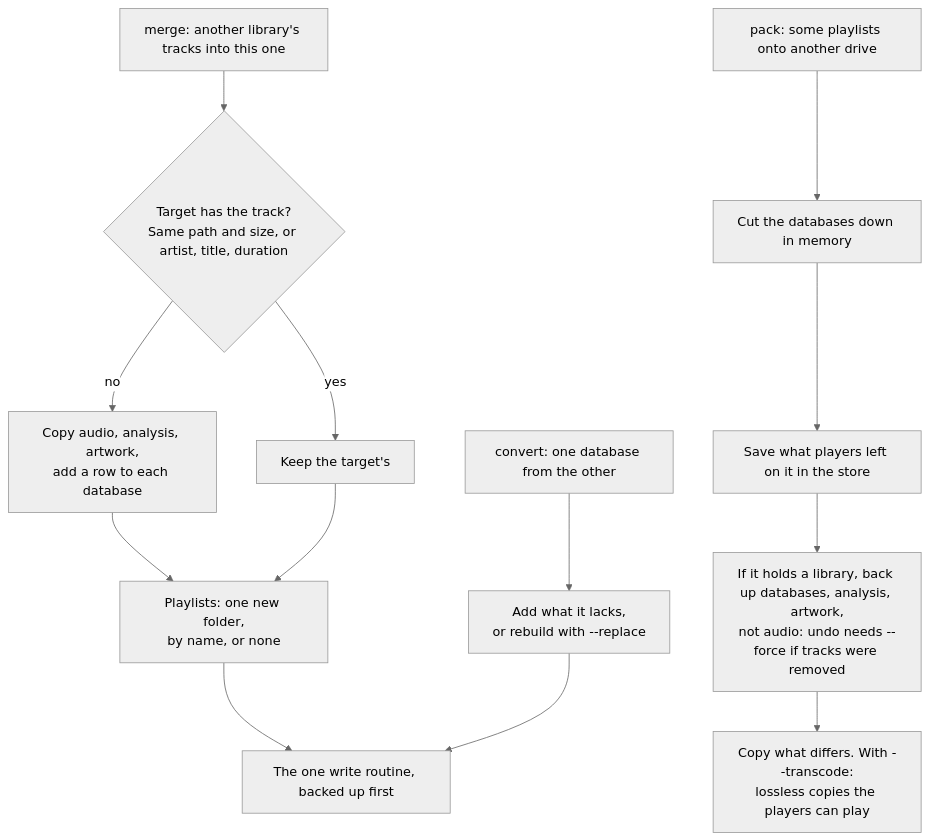
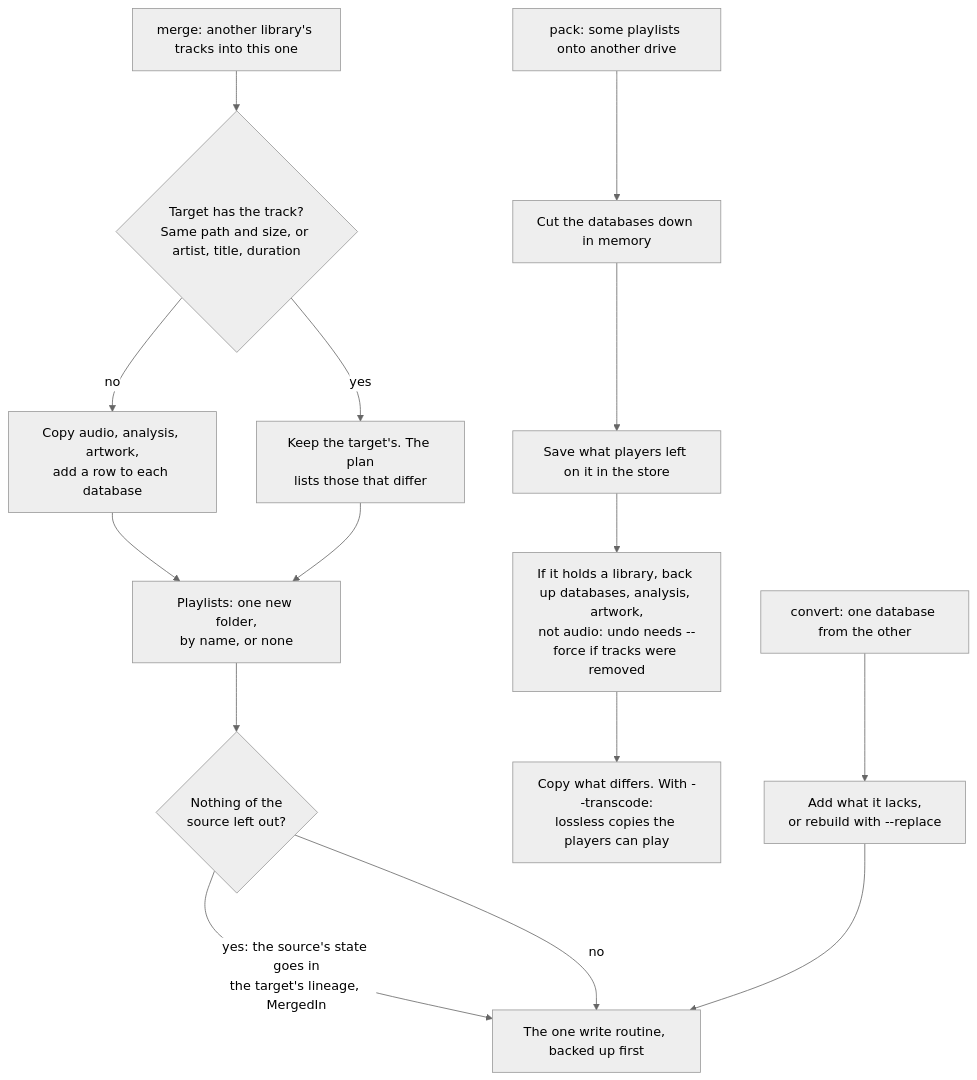
Before and after one commit to cutenode/localnetwork: diagram 19 of 19 in apps/locallibrary/docs/diagrams/changing-drives.md, drawn with Mermaid (neutral theme). The commit also changed other lines of this file and 6 other files, not shown here.

First line of the commit message:
docs(locallibrary): bring the diagrams up to date with the code

````diff
--- a/apps/locallibrary/docs/diagrams/changing-drives.md
+++ b/apps/locallibrary/docs/diagrams/changing-drives.md
@@ -401,15 +411,17 @@
 ```mermaid
 flowchart TD
     merge["merge: another library's tracks into this one"] --> present{"Target has the track?<br/>Same path and size, or artist, title, duration"}
-    present -->|yes| keep["Keep the target's"]
+    present -->|yes| keep["Keep the target's. The plan<br/>lists those that differ"]
     present -->|no| add["Copy audio, analysis, artwork,<br/>add a row to each database"]
     add --> playlists["Playlists: one new folder,<br/>by name, or none"]
     keep --> playlists
+    playlists --> whole{"Nothing of the<br/>source left out?"}
+    whole -->|"yes: the source's state goes in<br/>the target's lineage, MergedIn"| backup
+    whole -->|no| backup
     pack["pack: some playlists onto another drive"] --> cut["Cut the databases down in memory"]
     cut --> saved["Save what players left on it in the store"]
     saved --> packed["If it holds a library, back up databases, analysis, artwork,<br/>not audio: undo needs --force if tracks were removed"]
     packed --> transcode["Copy what differs. With --transcode:<br/>lossless copies the players can play"]
     convert["convert: one database from the other"] --> rows["Add what it lacks,<br/>or rebuild with --replace"]
-    playlists --> backup["The one write routine, backed up first"]
-    rows --> backup
+    rows --> backup["The one write routine, backed up first"]
 ```
````
